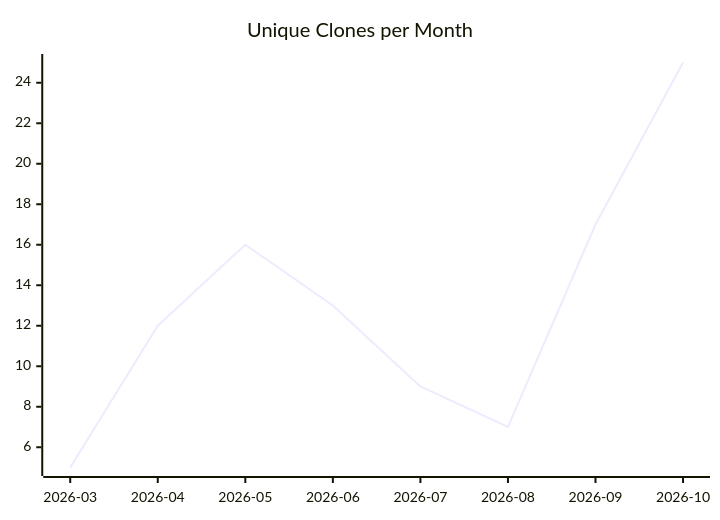
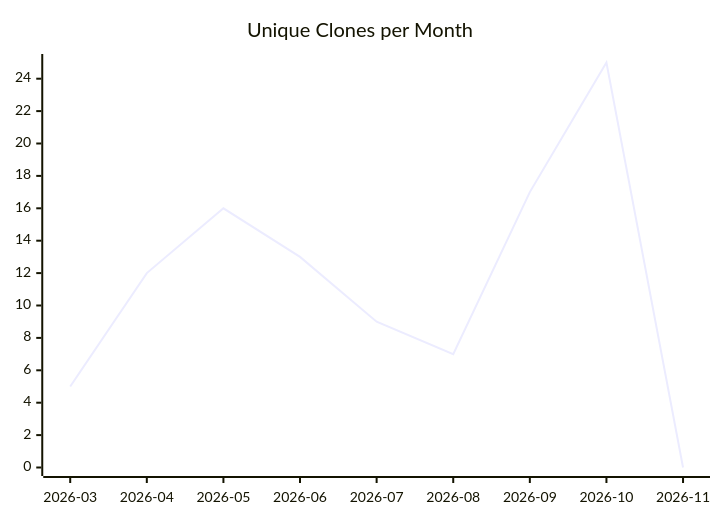
One commit to justdavis-family/github-analytics-data changed the third of 3 diagrams in karlmdavis/justdavis-karl/README.md. Above: the diagram before and after it, drawn with Mermaid. The commit also changed other lines of this file and 201 other files, not shown here.

````diff
--- a/karlmdavis/justdavis-karl/README.md
+++ b/karlmdavis/justdavis-karl/README.md
@@ -19,6 +19,6 @@
 ```mermaid
 xychart-beta
   title "Unique Clones per Month"
-  x-axis ["2026-03", "2026-04", "2026-05", "2026-06", "2026-07", "2026-08", "2026-09", "2026-10"]
-  line [5, 12, 16, 13, 9, 7, 17, 25]
+  x-axis ["2026-03", "2026-04", "2026-05", "2026-06", "2026-07", "2026-08", "2026-09", "2026-10", "2026-11"]
+  line [5, 12, 16, 13, 9, 7, 17, 25, 0]
 ```
````
